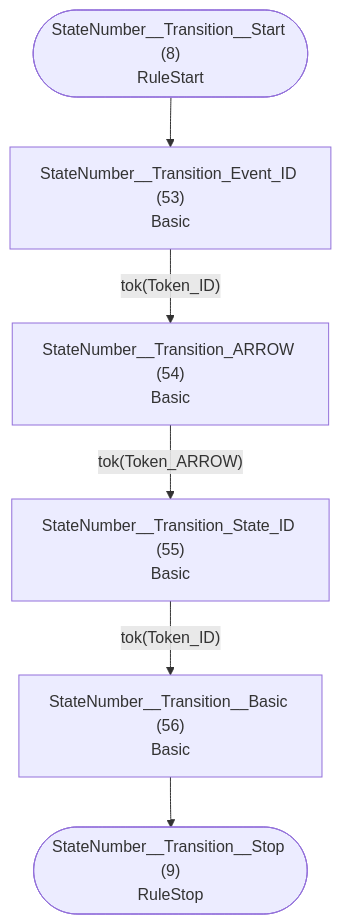
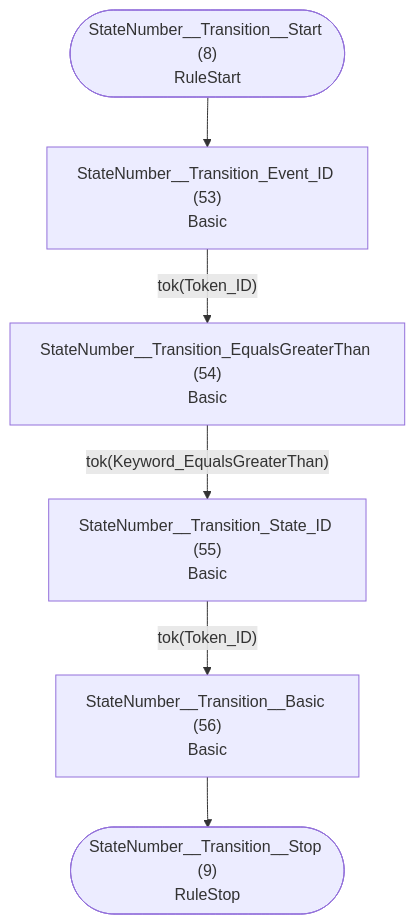
One commit to TypeFox/fastbelt changed the fifth of 5 diagrams in examples/statemachine/atn.md. Above: the diagram before and after it, drawn with Mermaid. The commit also changed other lines of this file and 15 other files, not shown here.

````diff
--- a/examples/statemachine/atn.md
+++ b/examples/statemachine/atn.md
@@ -139,15 +139,15 @@
 ```mermaid
 flowchart TD
     q8(["StateNumber__Transition__Start (8)<br/>RuleStart"])
     q9(["StateNumber__Transition__Stop (9)<br/>RuleStop"])
     q53["StateNumber__Transition_Event_ID (53)<br/>Basic<br/>"]
-    q54["StateNumber__Transition_ARROW (54)<br/>Basic<br/>"]
+    q54["StateNumber__Transition_EqualsGreaterThan (54)<br/>Basic<br/>"]
     q55["StateNumber__Transition_State_ID (55)<br/>Basic<br/>"]
     q56["StateNumber__Transition__Basic (56)<br/>Basic<br/>"]
 
     q8 --> q53
     q53 -->|"tok(Token_ID)"| q54
-    q54 -->|"tok(Token_ARROW)"| q55
+    q54 -->|"tok(Keyword_EqualsGreaterThan)"| q55
     q55 -->|"tok(Token_ID)"| q56
     q56 --> q9
 ```
````
